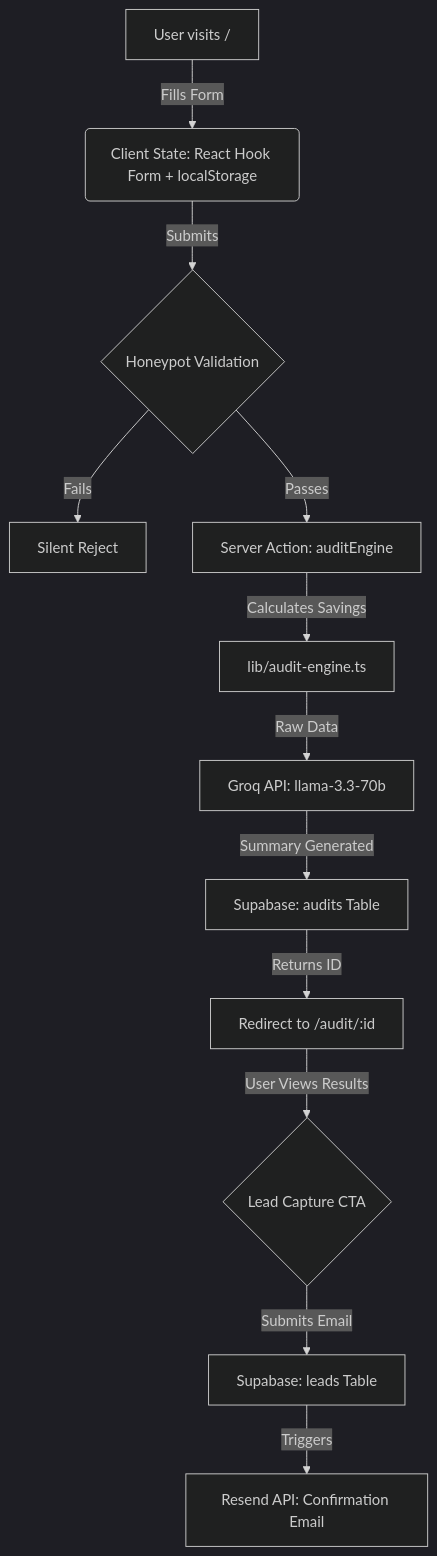
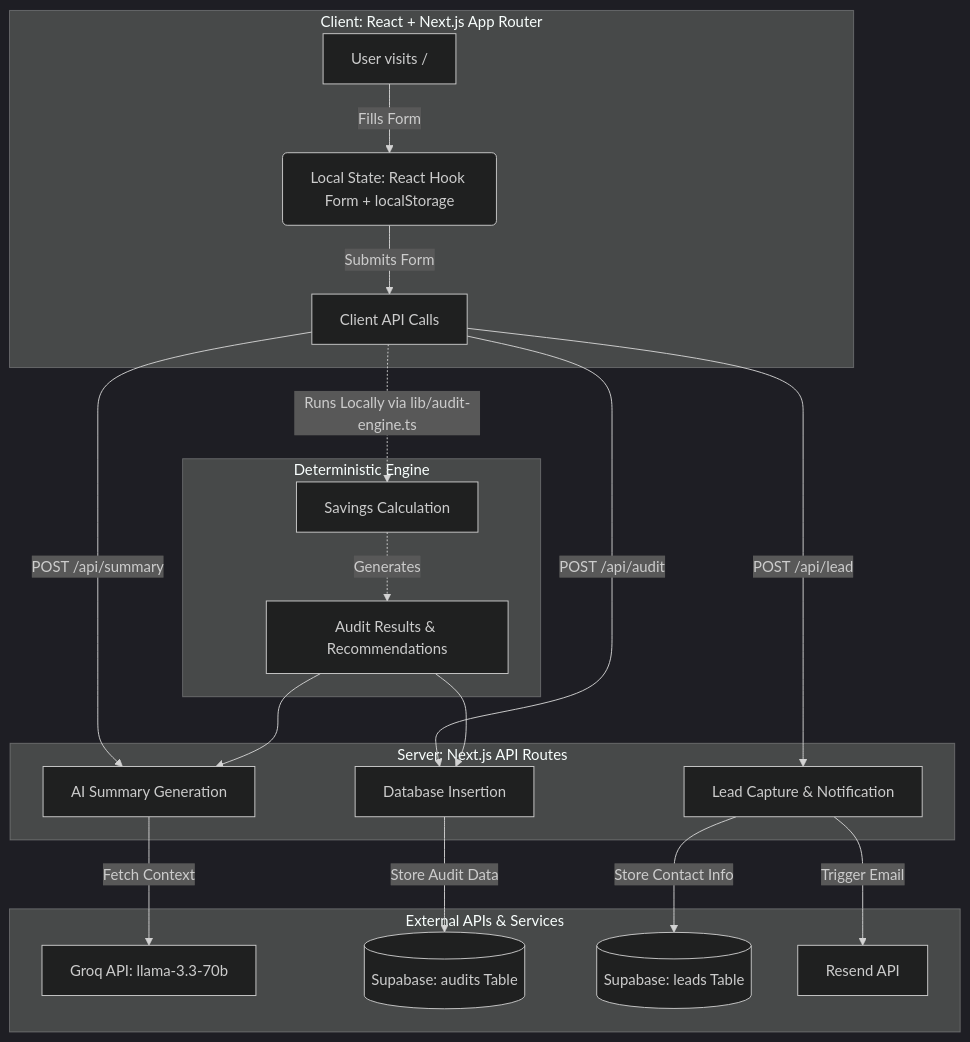
Before and after one commit to sahilxpatel/ai-spend-audit: the diagram in ARCHITECTURE.md, drawn with Mermaid (dark theme). The commit also changed other lines of this file and 2 other files, not shown here.

Commit message:
docs: finalize architecture and testing documentation

````diff
--- a/ARCHITECTURE.md
+++ b/ARCHITECTURE.md
@@ -8,14 +8,31 @@
 ```mermaid
 graph TD
-    A[User visits /] -->|Fills Form| B(Client State: React Hook Form + localStorage)
-    B -->|Submits| C{Honeypot Validation}
-    C -->|Fails| D[Silent Reject]
-    C -->|Passes| E[Server Action: auditEngine]
-    E -->|Calculates Savings| F[lib/audit-engine.ts]
-    F -->|Raw Data| G[Groq API: llama-3.3-70b]
-    G -->|Summary Generated| H[Supabase: audits Table]
-    H -->|Returns ID| I[Redirect to /audit/:id]
-    I -->|User Views Results| J{Lead Capture CTA}
-    J -->|Submits Email| K[Supabase: leads Table]
-    K -->|Triggers| L[Resend API: Confirmation Email]
+    %% Client Side
+    subgraph Frontend [Client: React + Next.js App Router]
+        A[User visits /] -->|Fills Form| B(Local State: React Hook Form + localStorage)
+        B -->|Submits Form| C[Client API Calls]
+    end
+
+    %% Backend API & Logic
+    subgraph Backend [Server: Next.js API Routes]
+        C -->|POST /api/summary| D[AI Summary Generation]
+        C -->|POST /api/audit| E[Database Insertion]
+        C -->|POST /api/lead| F[Lead Capture & Notification]
+    end
+
+    %% External Services
+    subgraph Services [External APIs & Services]
+        D -->|Fetch Context| G[Groq API: llama-3.3-70b]
+        E -->|Store Audit Data| H[(Supabase: audits Table)]
+        F -->|Store Contact Info| I[(Supabase: leads Table)]
+        F -->|Trigger Email| J[Resend API]
+    end
+
+    %% Logic Modules
+    subgraph Core Logic [Deterministic Engine]
+        C -.->|Runs Locally via lib/audit-engine.ts| K[Savings Calculation]
+        K -.->|Generates| L[Audit Results & Recommendations]
+        L --> D
+        L --> E
+    end
 ```
````
